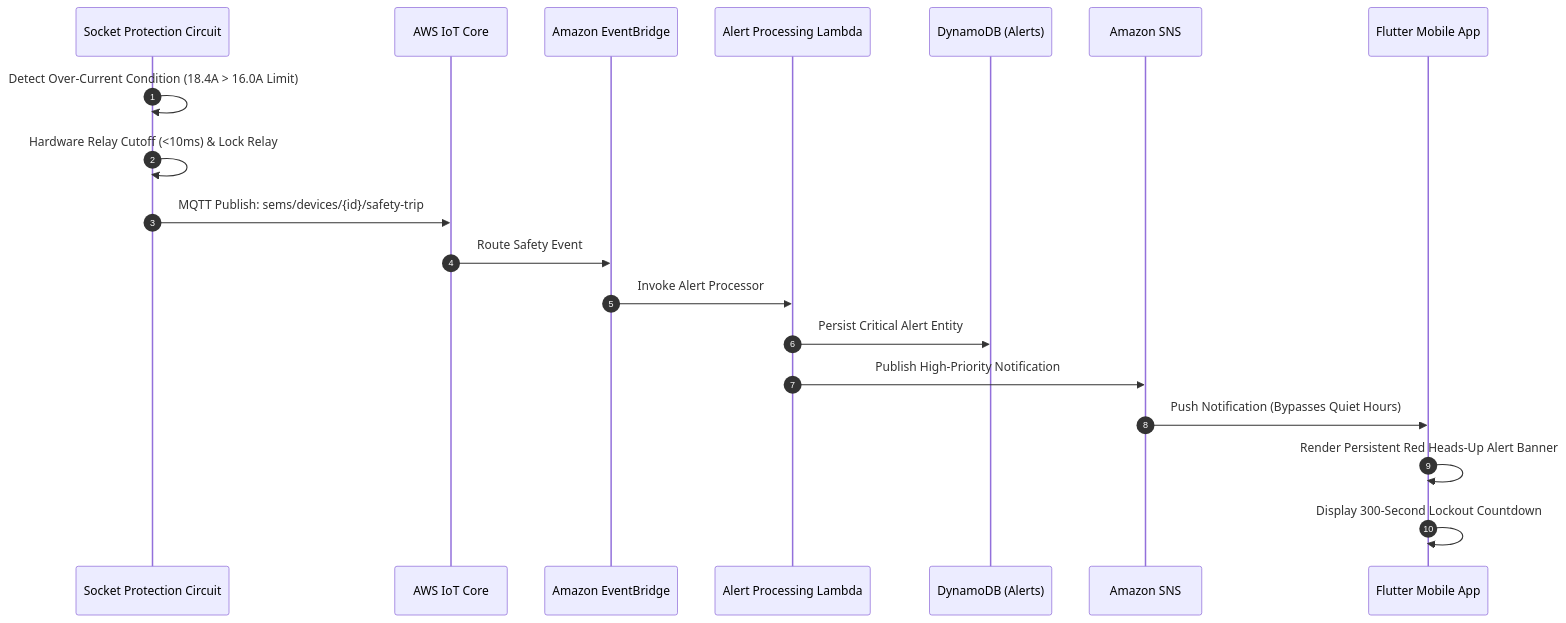
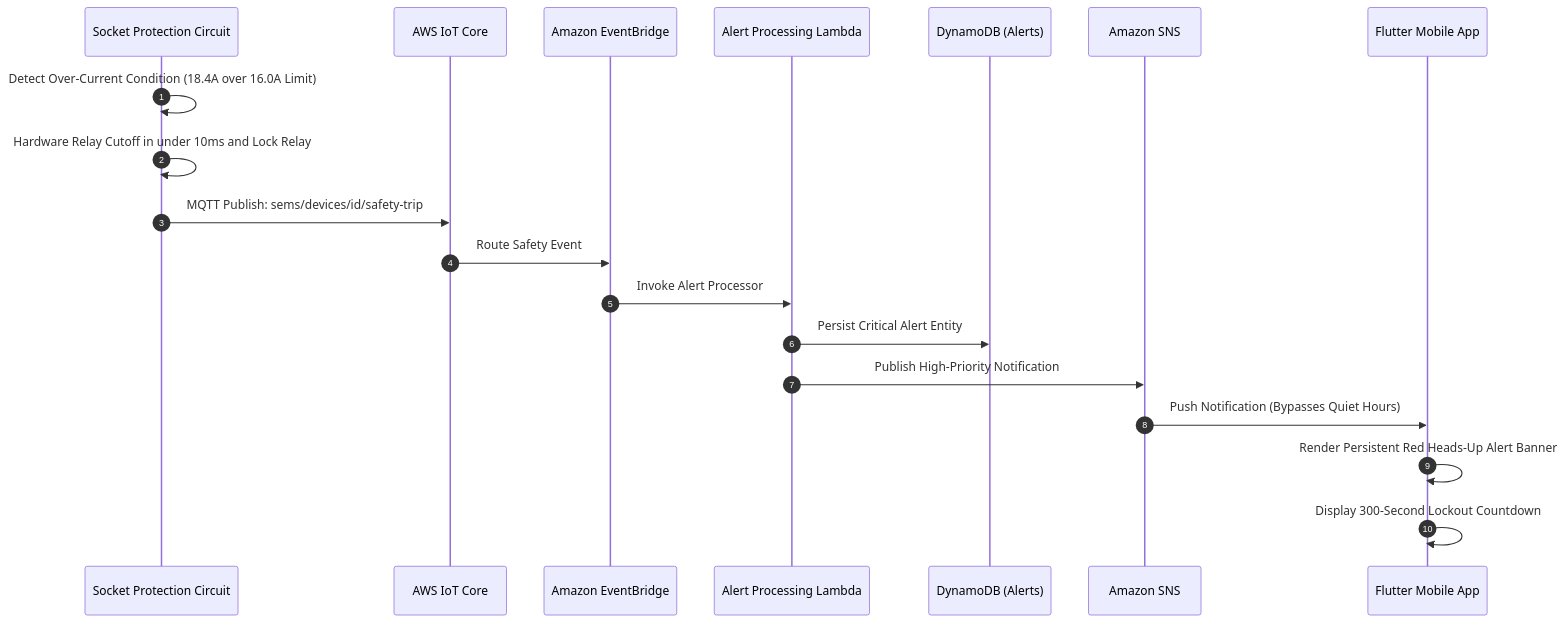
Before and after one commit to VimalChaudhary07/SEMS: the tenth of 11 diagrams in README.md, drawn with Mermaid. The commit also changed other lines of this file and 5 other files, not shown here.

````diff
--- a/README.md
+++ b/README.md
@@ -511,22 +514,22 @@
 ```mermaid
 sequenceDiagram
     autonumber
     participant HW as Socket Protection Circuit
     participant IoTCore as AWS IoT Core
     participant EventBridge as Amazon EventBridge
     participant AlertLambda as Alert Processing Lambda
     participant Dynamo as DynamoDB (Alerts)
     participant SNS as Amazon SNS
     participant App as Flutter Mobile App
 
-    HW->>HW: Detect Over-Current Condition (18.4A > 16.0A Limit)
-    HW->>HW: Hardware Relay Cutoff (<10ms) & Lock Relay
-    HW->>IoTCore: MQTT Publish: sems/devices/{id}/safety-trip
+    HW->>HW: Detect Over-Current Condition (18.4A over 16.0A Limit)
+    HW->>HW: Hardware Relay Cutoff in under 10ms and Lock Relay
+    HW->>IoTCore: MQTT Publish: sems/devices/id/safety-trip
     IoTCore->>EventBridge: Route Safety Event
     EventBridge->>AlertLambda: Invoke Alert Processor
     AlertLambda->>Dynamo: Persist Critical Alert Entity
     AlertLambda->>SNS: Publish High-Priority Notification
     SNS->>App: Push Notification (Bypasses Quiet Hours)
     App->>App: Render Persistent Red Heads-Up Alert Banner
     App->>App: Display 300-Second Lockout Countdown
 ```
````
